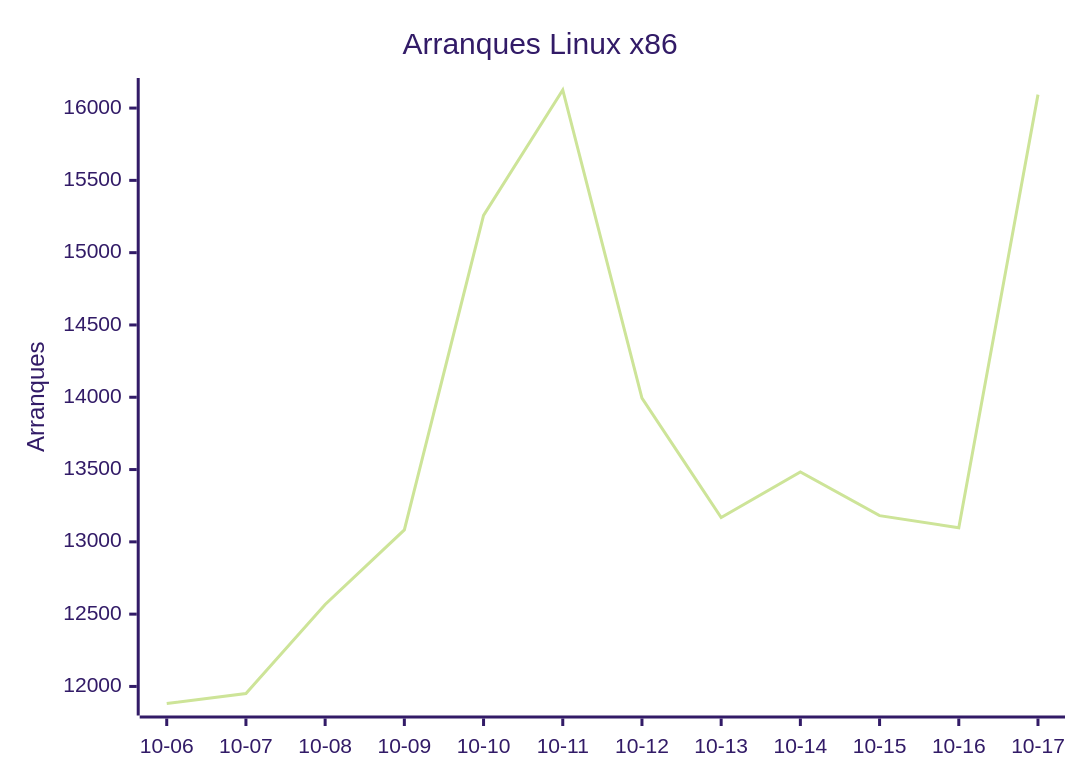
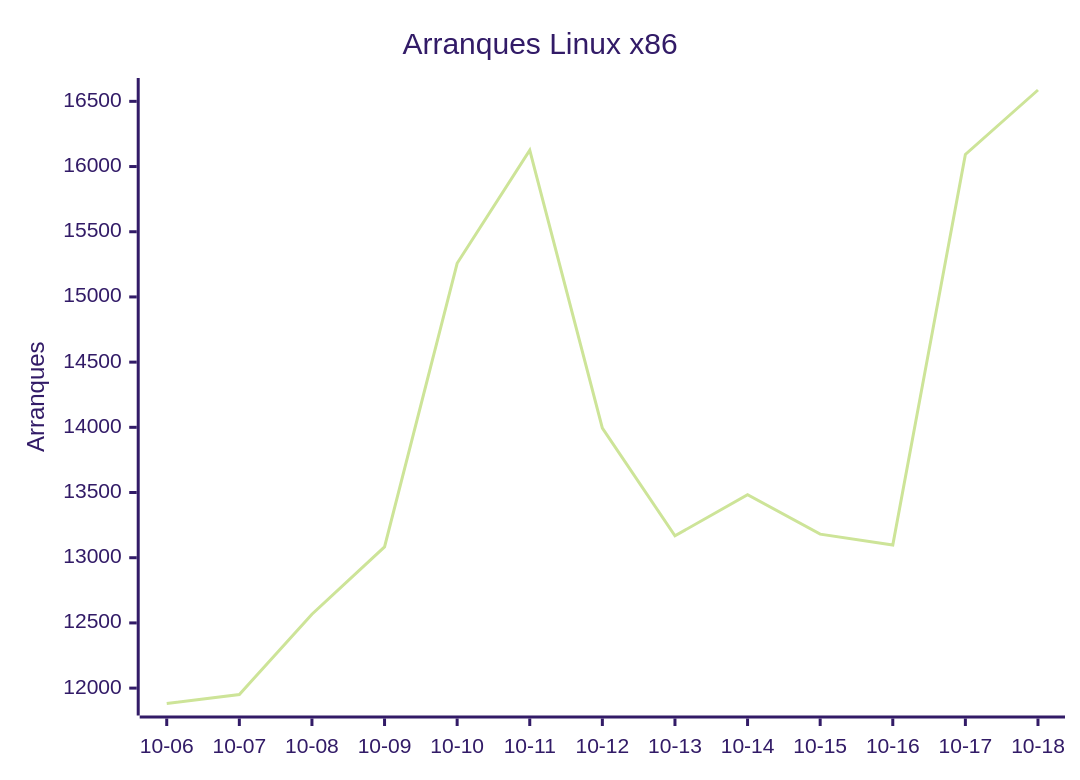
Before and after one commit to EmuDeck/stats: the first of 8 diagrams in README.md, drawn with Mermaid (forest theme). The commit also changed other lines of this file and 2 other files, not shown here.

````diff
--- a/README.md
+++ b/README.md
@@ -18,7 +18,7 @@
 ```mermaid
 xychart-beta
     title "Arranques Linux x86"
-    x-axis ["10-06", "10-07", "10-08", "10-09", "10-10", "10-11", "10-12", "10-13", "10-14", "10-15", "10-16", "10-17"]
+    x-axis ["10-06", "10-07", "10-08", "10-09", "10-10", "10-11", "10-12", "10-13", "10-14", "10-15", "10-16", "10-17", "10-18"]
     y-axis "Arranques"
-    line [11882, 11951, 12567, 13083, 15258, 16125, 13994, 13168, 13483, 13181, 13097, 16093]
+    line [11882, 11951, 12567, 13083, 15258, 16125, 13994, 13168, 13483, 13181, 13097, 16093, 16587]
 ```
````
